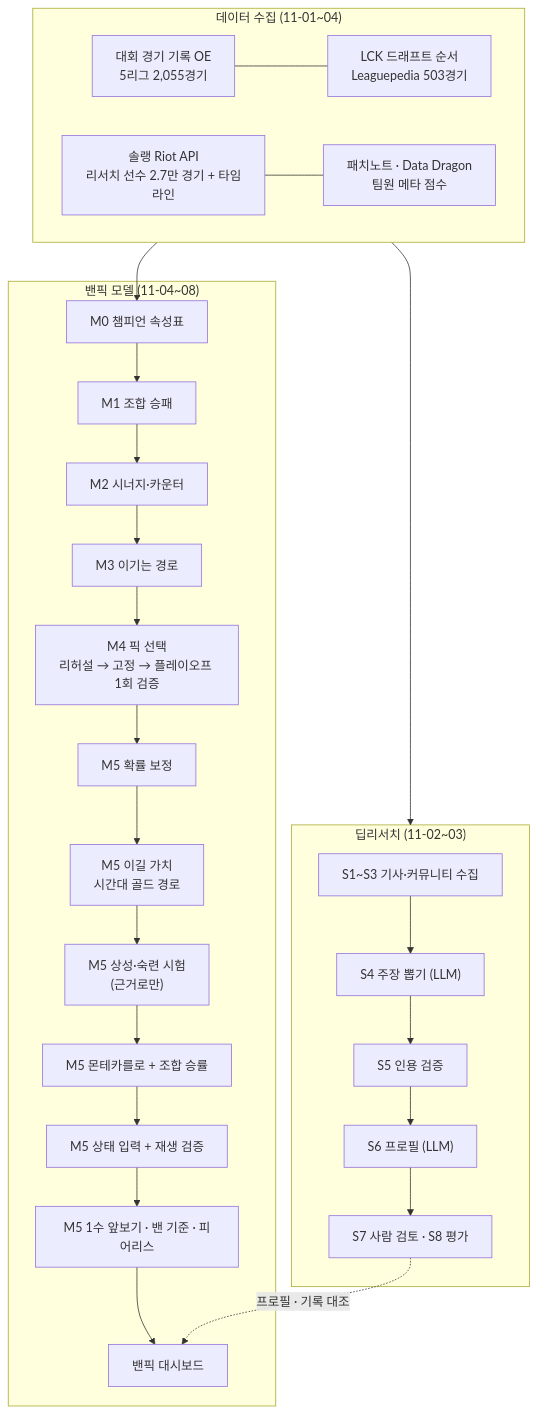
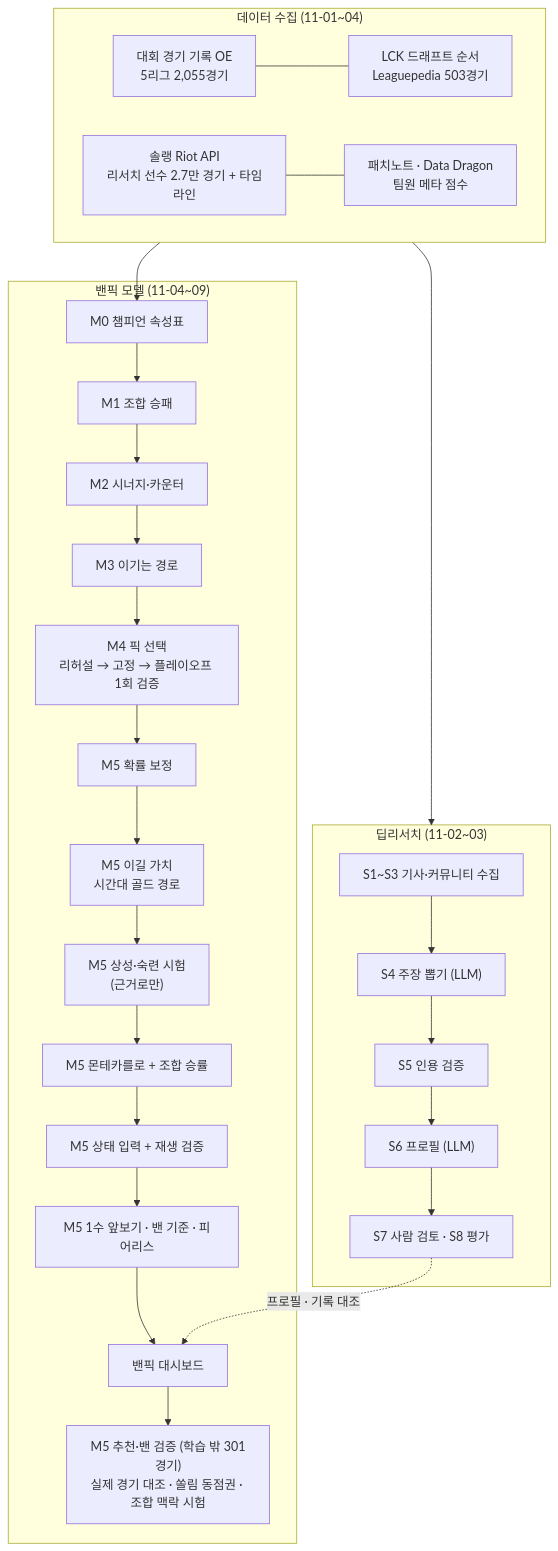
The second of 2 diagrams in README.md (jiwoon-oh/lol-project), drawn with Mermaid before and after one commit. The commit also changed other lines of this file, not shown here.

Commit message:
README: 추천·밴 검증, 실제 경기 대조 탭, 쏠림 동점권, 조합 맥락 시험 반영

````diff
--- a/README.md
+++ b/README.md
@@ -61,19 +64,20 @@
 ```mermaid
 flowchart TD
   subgraph D0["데이터 수집 (11-01~04)"]
     A["대회 경기 기록 OE<br/>5리그 2,055경기"] --- B["LCK 드래프트 순서<br/>Leaguepedia 503경기"]
     G["솔랭 Riot API<br/>리서치 선수 2.7만 경기 + 타임라인"] --- C["패치노트 · Data Dragon<br/>팀원 메타 점수"]
   end
   subgraph R0["딥리서치 (11-02~03)"]
     S1["S1~S3 기사·커뮤니티 수집"] --> S4["S4 주장 뽑기 (LLM)"] --> S5["S5 인용 검증"] --> S6["S6 프로필 (LLM)"] --> S7["S7 사람 검토 · S8 평가"]
   end
-  subgraph M["밴픽 모델 (11-04~08)"]
+  subgraph M["밴픽 모델 (11-04~09)"]
     M0["M0 챔피언 속성표"] --> M1["M1 조합 승패"] --> M2["M2 시너지·카운터"] --> M3["M3 이기는 경로"]
     M3 --> M4["M4 픽 선택<br/>리허설 → 고정 → 플레이오프 1회 검증"]
     M4 --> M5a["M5 확률 보정"] --> M5b["M5 이길 가치<br/>시간대 골드 경로"] --> M5c["M5 상성·숙련 시험<br/>(근거로만)"]
     M5c --> M5d["M5 몬테카를로 + 조합 승률"] --> M5e["M5 상태 입력 + 재생 검증"] --> M5f["M5 1수 앞보기 · 밴 기준 · 피어리스"] --> M5g["밴픽 대시보드"]
+    M5g --> M5h["M5 추천·밴 검증 (학습 밖 301경기)<br/>실제 경기 대조 · 쏠림 동점권 · 조합 맥락 시험"]
   end
   D0 --> R0
   D0 --> M0
   S7 -.->|프로필 · 기록 대조| M5g
 ```
````
